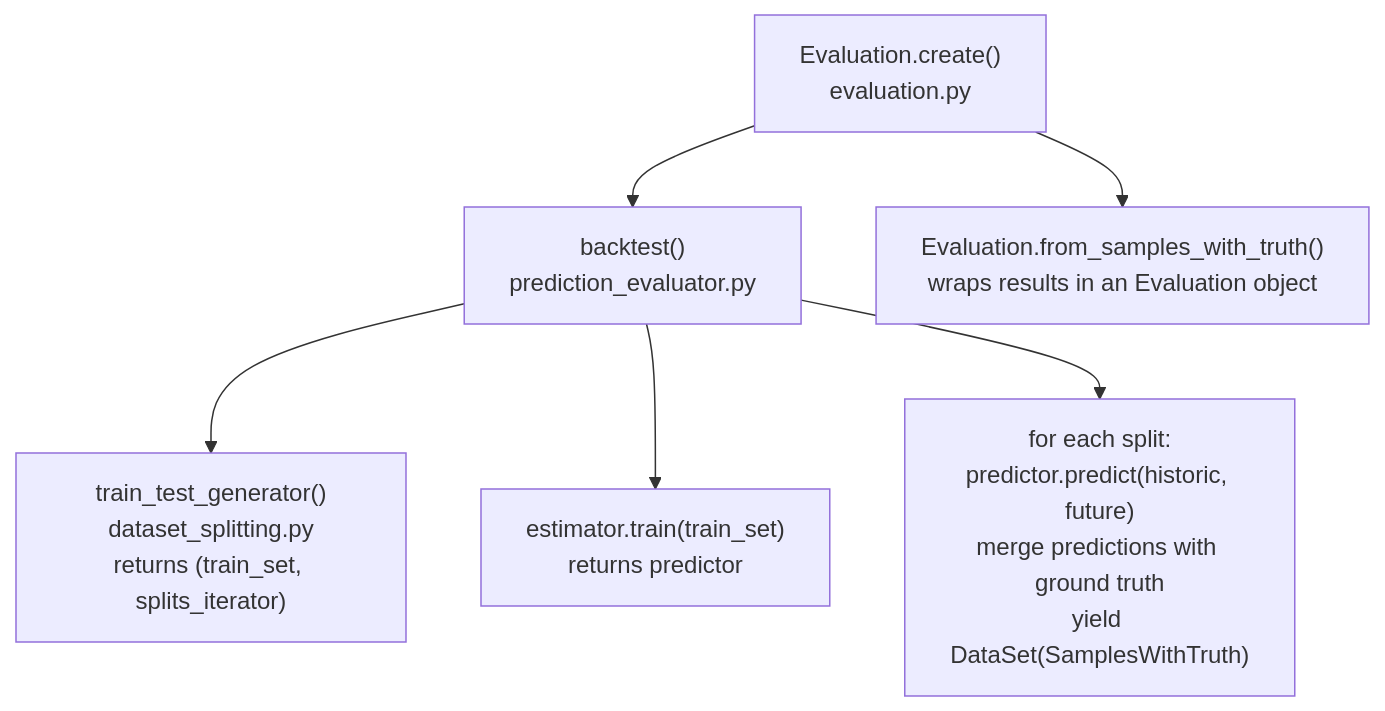
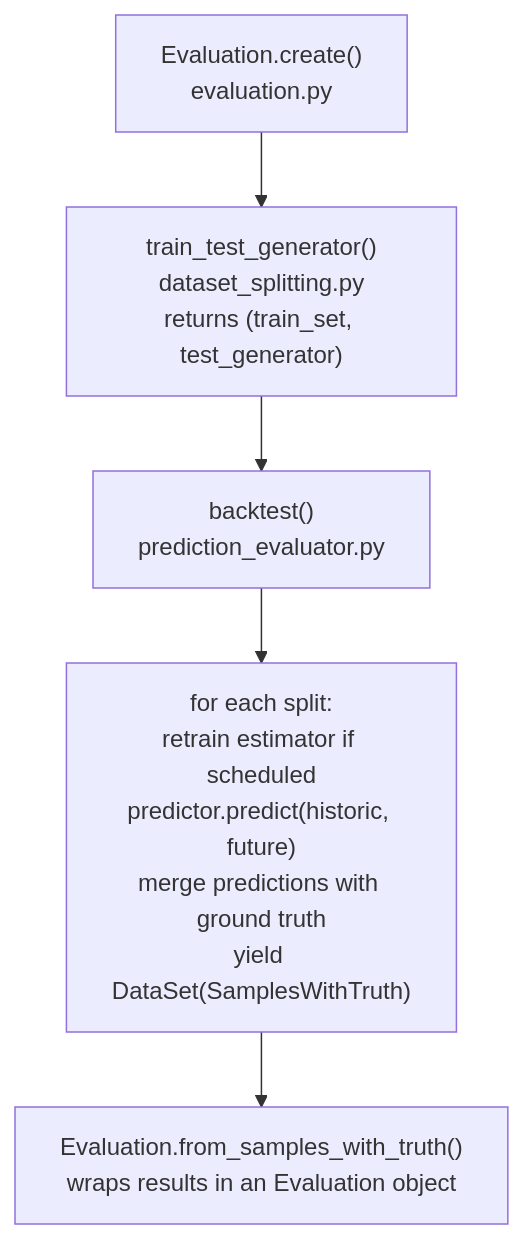
One commit to dhis2-chap/chap-core changed the diagram in docs/contributor/evaluation_pipeline.md. Above: the diagram before and after it, drawn with Mermaid. The commit also changed other lines of this file and 8 other files, not shown here.

First line of the commit message:
moved train-test-generator out of backtest to Evaluation.create (#554)

````diff
--- a/docs/contributor/evaluation_pipeline.md
+++ b/docs/contributor/evaluation_pipeline.md
@@ -22,15 +22,13 @@
 ```mermaid
 flowchart TB
     Create["Evaluation.create()<br/>evaluation.py"]
+    Split["train_test_generator()<br/>dataset_splitting.py<br/>returns (train_set, test_generator)"]
     Backtest["backtest()<br/>prediction_evaluator.py"]
-    Split["train_test_generator()<br/>dataset_splitting.py<br/>returns (train_set, splits_iterator)"]
-    Train["estimator.train(train_set)<br/>returns predictor"]
-    Loop["for each split:<br/>predictor.predict(historic, future)<br/>merge predictions with ground truth<br/>yield DataSet(SamplesWithTruth)"]
+    Loop["for each split:<br/>retrain estimator if scheduled<br/>predictor.predict(historic, future)<br/>merge predictions with ground truth<br/>yield DataSet(SamplesWithTruth)"]
     Wrap["Evaluation.from_samples_with_truth()<br/>wraps results in an Evaluation object"]
 
-    Create --> Backtest
-    Backtest --> Split
-    Backtest --> Train
+    Create --> Split
+    Split --> Backtest
     Backtest --> Loop
-    Create --> Wrap
+    Loop --> Wrap
 ```
````
